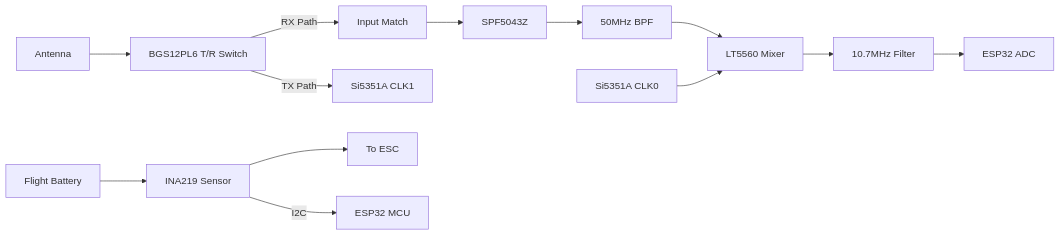
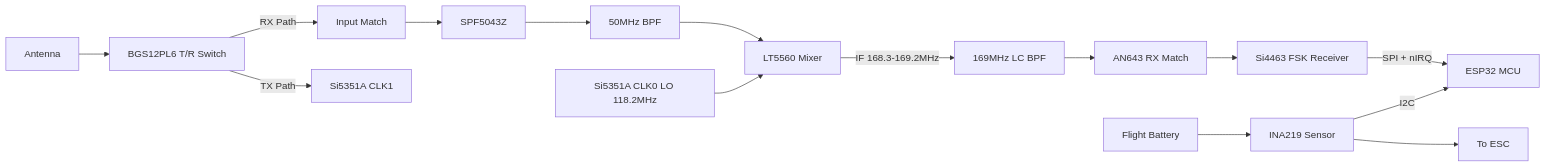
The diagram in RX_Hardware/RX_Schematic_Blueprint.md (ne9n/RC_6m), drawn with Mermaid before and after one commit. The commit also changed other lines of this file and 29 other files, not shown here.

First line of the commit message:
Move receive chain to Si4463 upconversion; fix RX/TX schematic wiring

````diff
--- a/RX_Hardware/RX_Schematic_Blueprint.md
+++ b/RX_Hardware/RX_Schematic_Blueprint.md
@@ -8,15 +8,17 @@
 ```mermaid
 graph LR
     ANT[Antenna] --> SW[BGS12PL6 T/R Switch]
     SW -- RX Path --> LNA_MATCH[Input Match]
     LNA_MATCH --> LNA[SPF5043Z]
     LNA --> BPF[50MHz BPF]
     BPF --> MIX[LT5560 Mixer]
-    LO[Si5351A CLK0] --> MIX
+    LO[Si5351A CLK0 LO 118.2MHz] --> MIX
     SW -- TX Path --> TELEM_DRIVE[Si5351A CLK1]
-    MIX --> IF_FILT[10.7MHz Filter]
-    IF_FILT --> ADC[ESP32 ADC]
+    MIX -- "IF 168.3-169.2MHz" --> IF_FILT[169MHz LC BPF]
+    IF_FILT --> RXMATCH[AN643 RX Match]
+    RXMATCH --> SI4463[Si4463 FSK Receiver]
+    SI4463 -- SPI + nIRQ --> ESP
     BATT[Flight Battery] --> INA[INA219 Sensor]
     INA --> ESC[To ESC]
     INA -- I2C --> ESP[ESP32 MCU]
 ```
````
